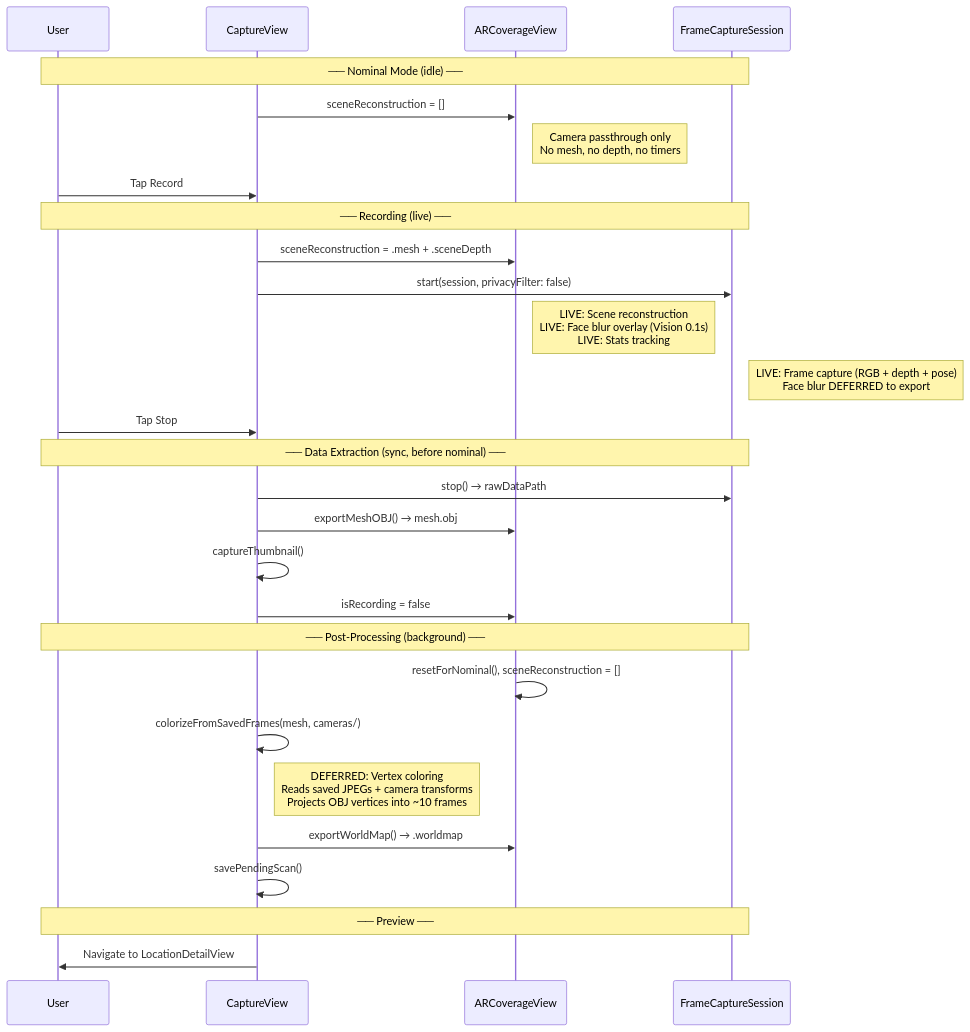
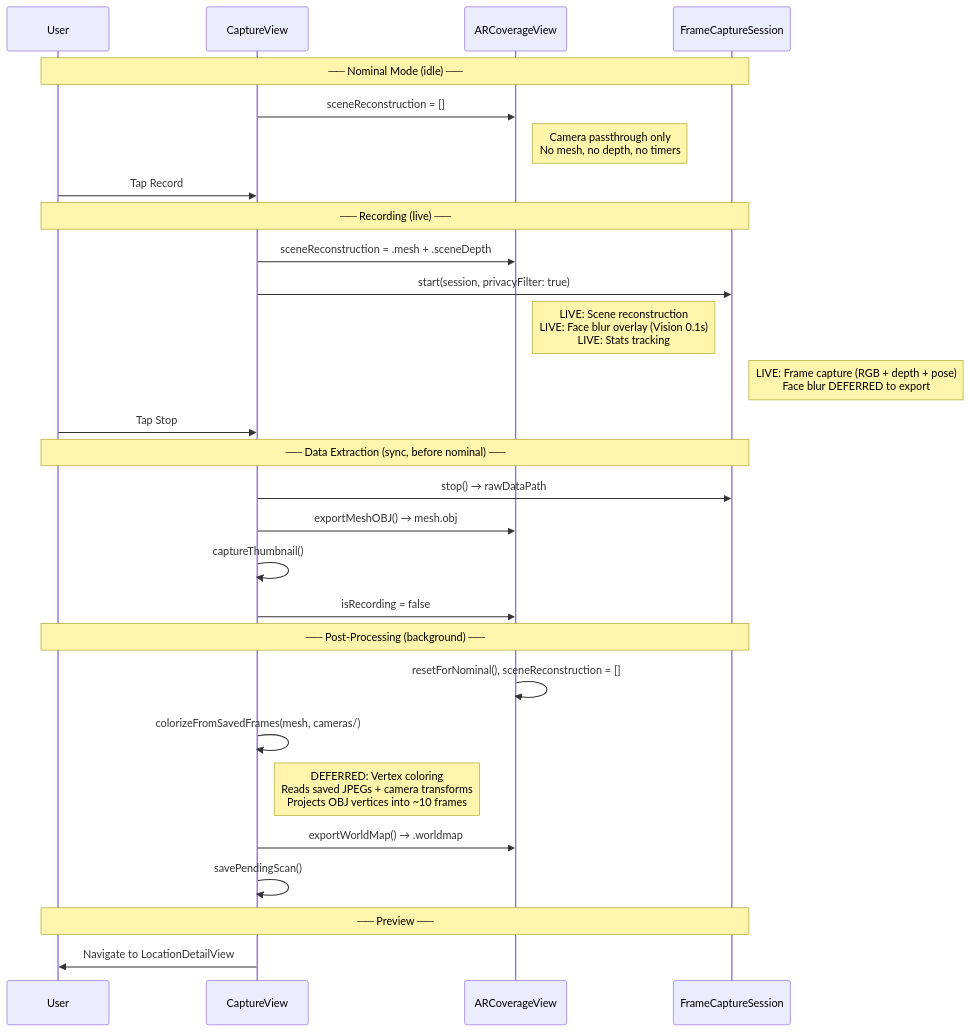
One commit to WiseLabCMU/wisescan-ios changed the third of 6 diagrams in REQUIREMENTS.md. Above: the diagram before and after it, drawn with Mermaid. The commit also changed other lines of this file and 1 other file, not shown here.

````diff
--- a/REQUIREMENTS.md
+++ b/REQUIREMENTS.md
@@ -146,36 +183,36 @@
 ```mermaid
 sequenceDiagram
     participant U as User
     participant CV as CaptureView
     participant AR as ARCoverageView
     participant FCS as FrameCaptureSession
 
     Note over U,FCS: ── Nominal Mode (idle) ──
     CV->>AR: sceneReconstruction = []
     Note right of AR: Camera passthrough only<br/>No mesh, no depth, no timers
 
     U->>CV: Tap Record
     Note over U,FCS: ── Recording (live) ──
     CV->>AR: sceneReconstruction = .mesh + .sceneDepth
-    CV->>FCS: start(session, privacyFilter: false)
+    CV->>FCS: start(session, privacyFilter: true)
     Note right of AR: LIVE: Scene reconstruction<br/>LIVE: Face blur overlay (Vision 0.1s)<br/>LIVE: Stats tracking
     Note right of FCS: LIVE: Frame capture (RGB + depth + pose)<br/>Face blur DEFERRED to export
 
     U->>CV: Tap Stop
     Note over U,FCS: ── Data Extraction (sync, before nominal) ──
     CV->>FCS: stop() → rawDataPath
     CV->>AR: exportMeshOBJ() → mesh.obj
     CV->>CV: captureThumbnail()
 
     CV->>AR: isRecording = false
     Note over U,FCS: ── Post-Processing (background) ──
     AR->>AR: resetForNominal(), sceneReconstruction = []
     CV->>CV: colorizeFromSavedFrames(mesh, cameras/)
     Note right of CV: DEFERRED: Vertex coloring<br/>Reads saved JPEGs + camera transforms<br/>Projects OBJ vertices into ~10 frames
 
     CV->>AR: exportWorldMap() → .worldmap
     CV->>CV: savePendingScan()
 
     Note over U,FCS: ── Preview ──
     CV->>U: Navigate to LocationDetailView
 ```
````
